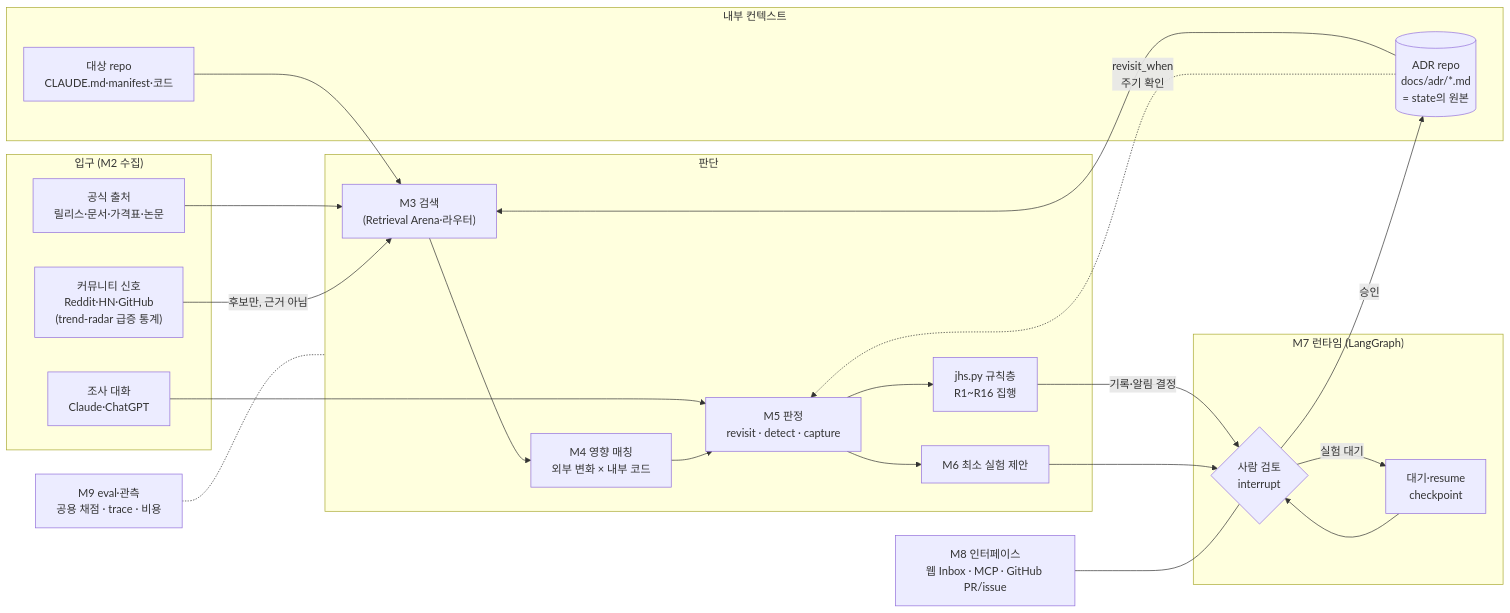
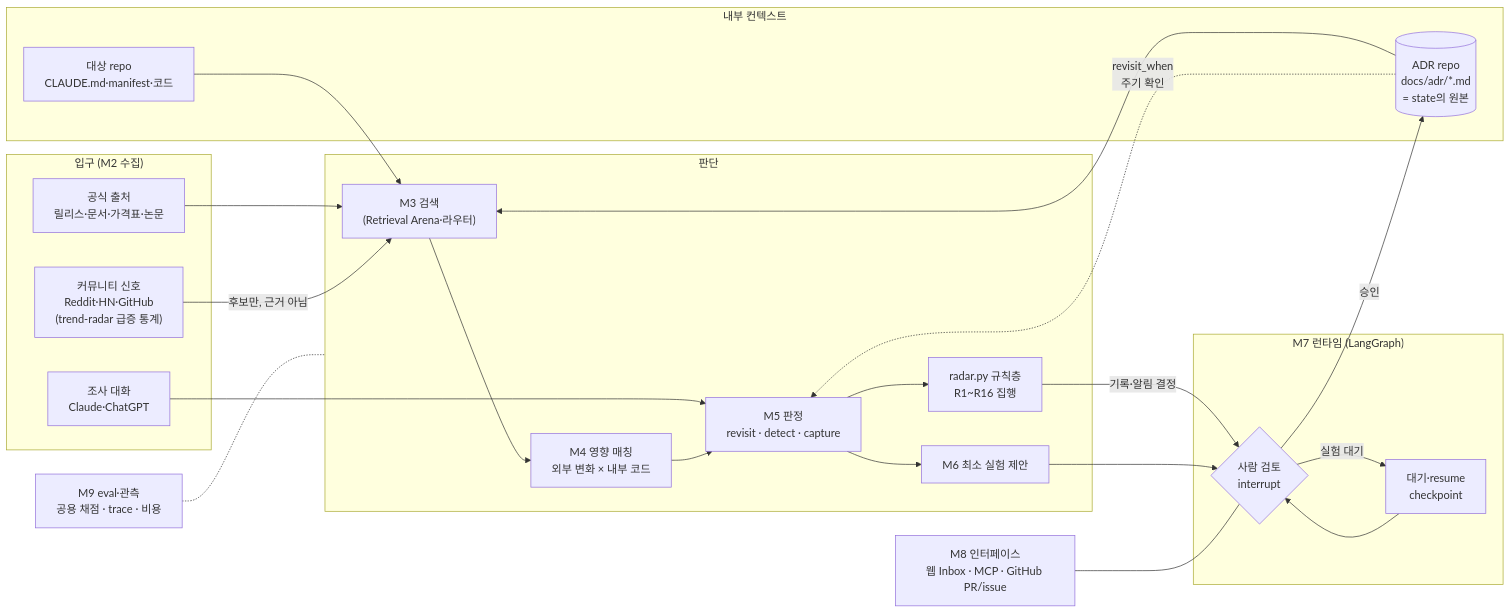
Before and after one commit to hyos0415/decision-radar-core: the diagram in docs/design/overview.md, drawn with Mermaid. The commit also changed other lines of this file and 4 other files, not shown here.

````diff
--- a/docs/design/overview.md
+++ b/docs/design/overview.md
@@ -42,42 +42,42 @@
 ```mermaid
 flowchart LR
     subgraph IN["입구 (M2 수집)"]
         A1["공식 출처<br/>릴리스·문서·가격표·논문"]
         A2["커뮤니티 신호<br/>Reddit·HN·GitHub<br/>(trend-radar 급증 통계)"]
         A3["조사 대화<br/>Claude·ChatGPT"]
     end
 
     subgraph CTX["내부 컨텍스트"]
         R["대상 repo<br/>CLAUDE.md·manifest·코드"]
         ADR[("ADR repo<br/>docs/adr/*.md<br/>= state의 원본")]
     end
 
     subgraph CORE["판단"]
         S["M3 검색<br/>(Retrieval Arena·라우터)"]
         IM["M4 영향 매칭<br/>외부 변화 × 내부 코드"]
         J["M5 판정<br/>revisit · detect · capture"]
-        RULE["jhs.py 규칙층<br/>R1~R16 집행"]
+        RULE["radar.py 규칙층<br/>R1~R16 집행"]
         EX["M6 최소 실험 제안"]
     end
 
     subgraph HITL["M7 런타임 (LangGraph)"]
         H1{"사람 검토<br/>interrupt"}
         H2["대기·resume<br/>checkpoint"]
     end
 
     A1 --> S
     A2 -->|"후보만, 근거 아님"| S
     A3 --> J
     R --> S
     ADR --> S
     S --> IM --> J
     J --> RULE
     RULE -->|"기록·알림 결정"| H1
     J --> EX --> H1
     H1 -->|"승인"| ADR
     H1 -->|"실험 대기"| H2 --> H1
     ADR -.->|"revisit_when<br/>주기 확인"| J
 
     UI["M8 인터페이스<br/>웹 Inbox · MCP · GitHub PR/issue"] --- H1
     EV["M9 eval·관측<br/>공용 채점 · trace · 비용"] -.- CORE
 ```
````
